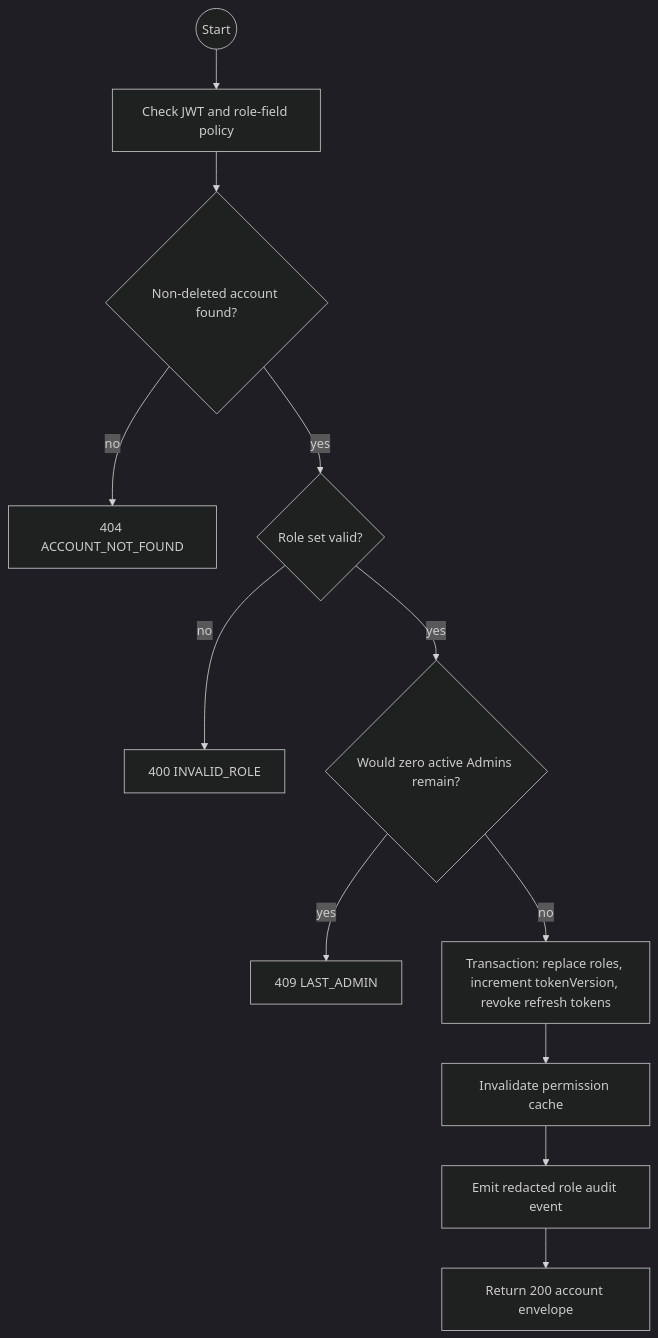
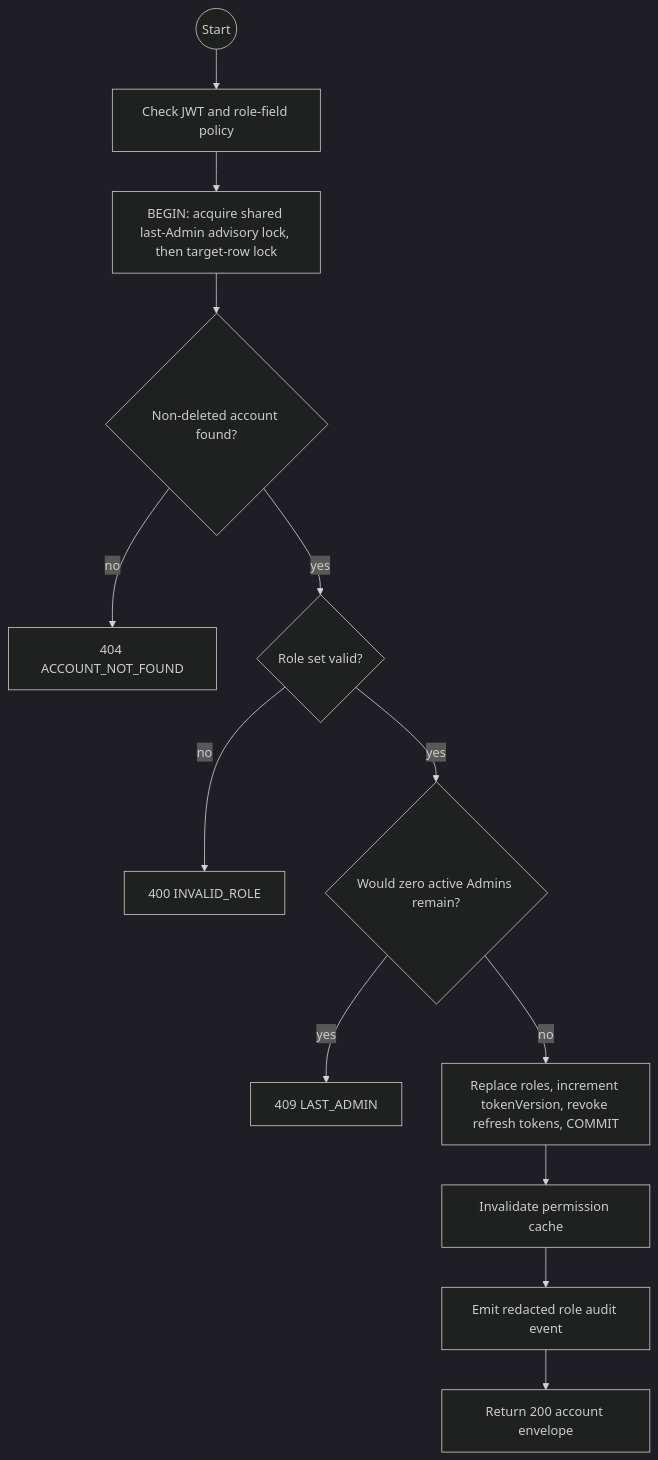
The first of 2 diagrams in specs/auth/api-design/14-put-users-roles.md (TrekLink-Team/treklink-web), drawn with Mermaid (dark theme) before and after one commit. The commit also changed other lines of this file and 3 other files, not shown here.

Commit message:
docs(TK-22): serialize last-admin guard

````diff
--- a/specs/auth/api-design/14-put-users-roles.md
+++ b/specs/auth/api-design/14-put-users-roles.md
@@ -80,14 +80,15 @@
 ```mermaid
 flowchart TB
     S((Start)) --> G[Check JWT and role-field policy]
-    G --> F{Non-deleted account found?}
+    G --> K[BEGIN: acquire shared last-Admin advisory lock, then target-row lock]
+    K --> F{Non-deleted account found?}
     F -->|no| E1[404 ACCOUNT_NOT_FOUND]
     F -->|yes| R{Role set valid?}
     R -->|no| E3[400 INVALID_ROLE]
     R -->|yes| A{Would zero active Admins remain?}
     A -->|yes| E2[409 LAST_ADMIN]
-    A -->|no| T[Transaction: replace roles, increment tokenVersion, revoke refresh tokens]
+    A -->|no| T[Replace roles, increment tokenVersion, revoke refresh tokens, COMMIT]
     T --> C[Invalidate permission cache]
     C --> U[Emit redacted role audit event]
     U --> O[Return 200 account envelope]
 ```
````
